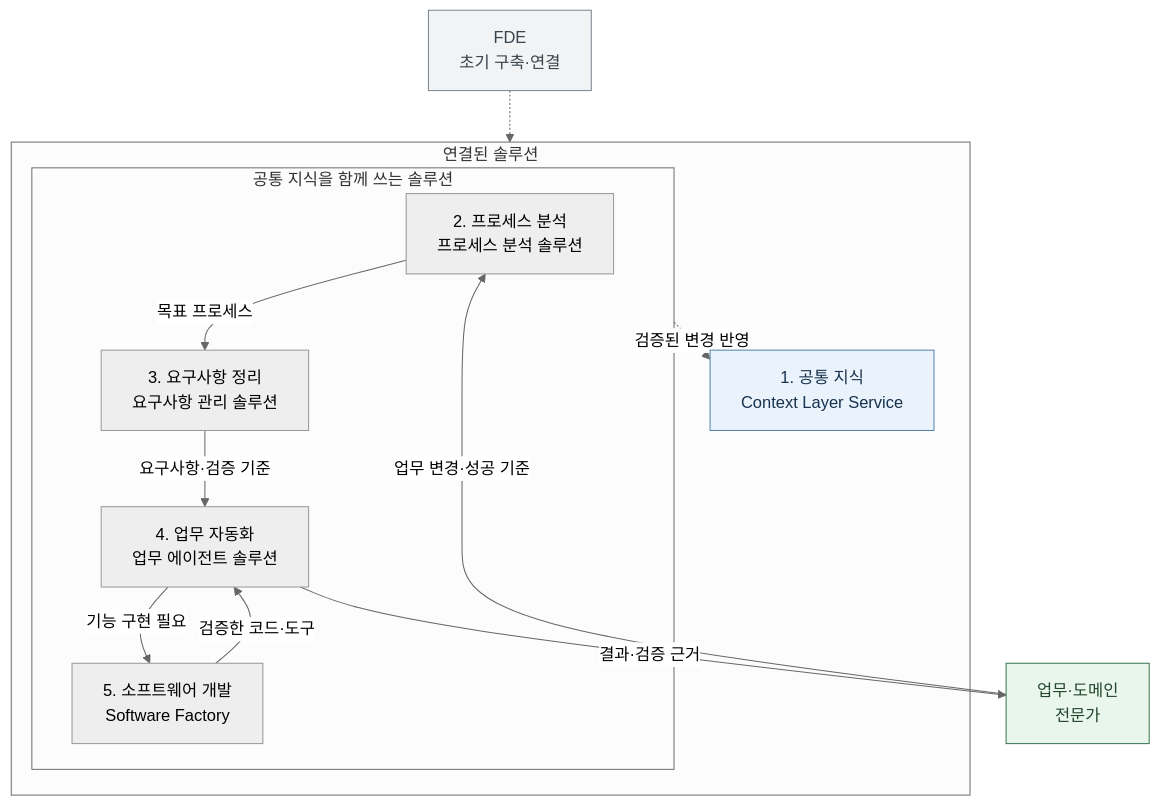
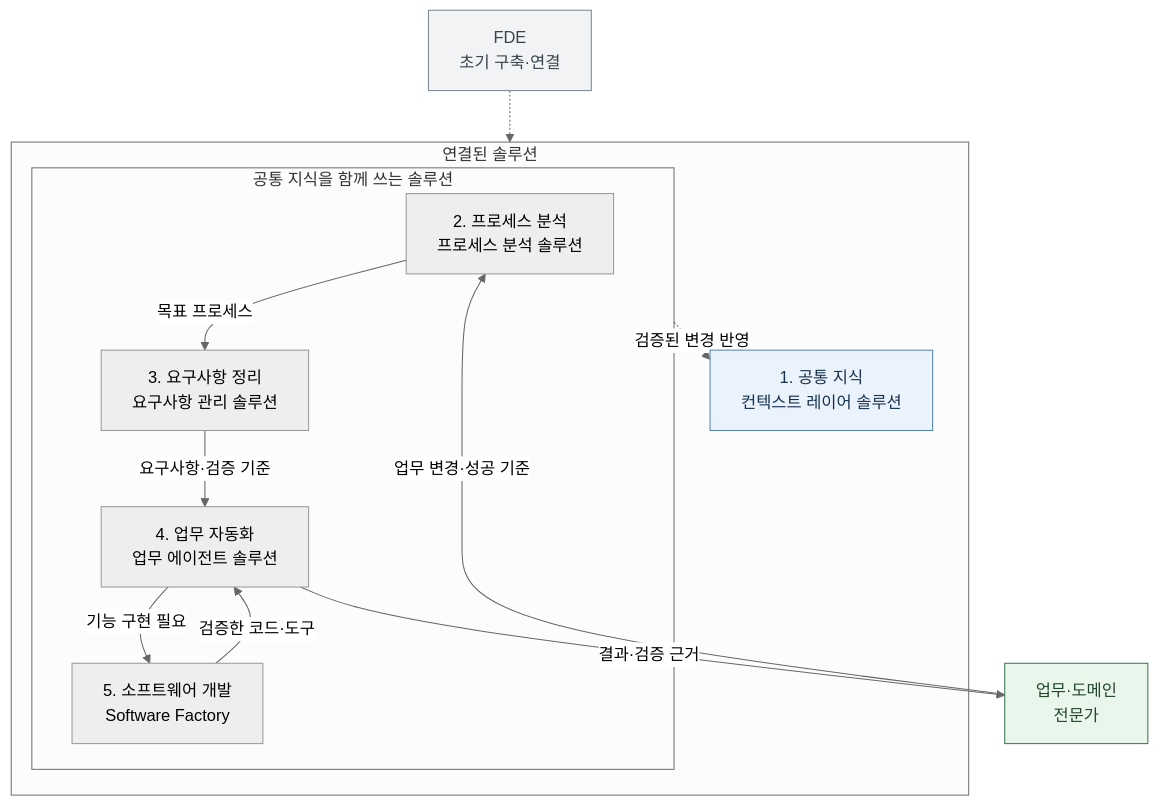
Before and after one commit to haandol/haandol.github.com: the third of 6 diagrams in _posts/2026-11-05-enterprise-wide-ax-essentials.md, drawn with Mermaid (neutral theme). The commit also changed other lines of this file and 2 other files, not shown here.

````diff
--- a/_posts/2026-11-05-enterprise-wide-ax-essentials.md
+++ b/_posts/2026-11-05-enterprise-wide-ax-essentials.md
@@ -97,24 +97,24 @@
 ```mermaid
 flowchart TB
   FDE["FDE<br/>초기 구축·연결"] -.-> S
   subgraph S["연결된 솔루션"]
-    K["1. 공통 지식<br/>Context Layer Service"]
+    K["1. 공통 지식<br/>컨텍스트 레이어 솔루션"]
     subgraph W["공통 지식을 함께 쓰는 솔루션"]
       P["2. 프로세스 분석<br/>프로세스 분석 솔루션"] -->|"목표 프로세스"| R["3. 요구사항 정리<br/>요구사항 관리 솔루션"]
       R -->|"요구사항·검증 기준"| A["4. 업무 자동화<br/>업무 에이전트 솔루션"]
       A -->|"기능 구현 필요"| F["5. 소프트웨어 개발<br/>Software Factory"]
       F -->|"검증한 코드·도구"| A
     end
     K --> W
     W -.->|"검증된 변경 반영"| K
     K ~~~ P
   end
   U["업무·도메인<br/>전문가"] -->|"업무 변경·성공 기준"| P
   A -->|"결과·검증 근거"| U
   classDef expert fill:#e9f6ec,stroke:#3c7754,color:#23452b
   classDef setup fill:#f1f3f5,stroke:#7d8790,color:#39434c
   classDef knowledge fill:#eaf2fb,stroke:#5683ac,color:#17324d
   class U expert
   class FDE setup
   class K knowledge
 ```
````
